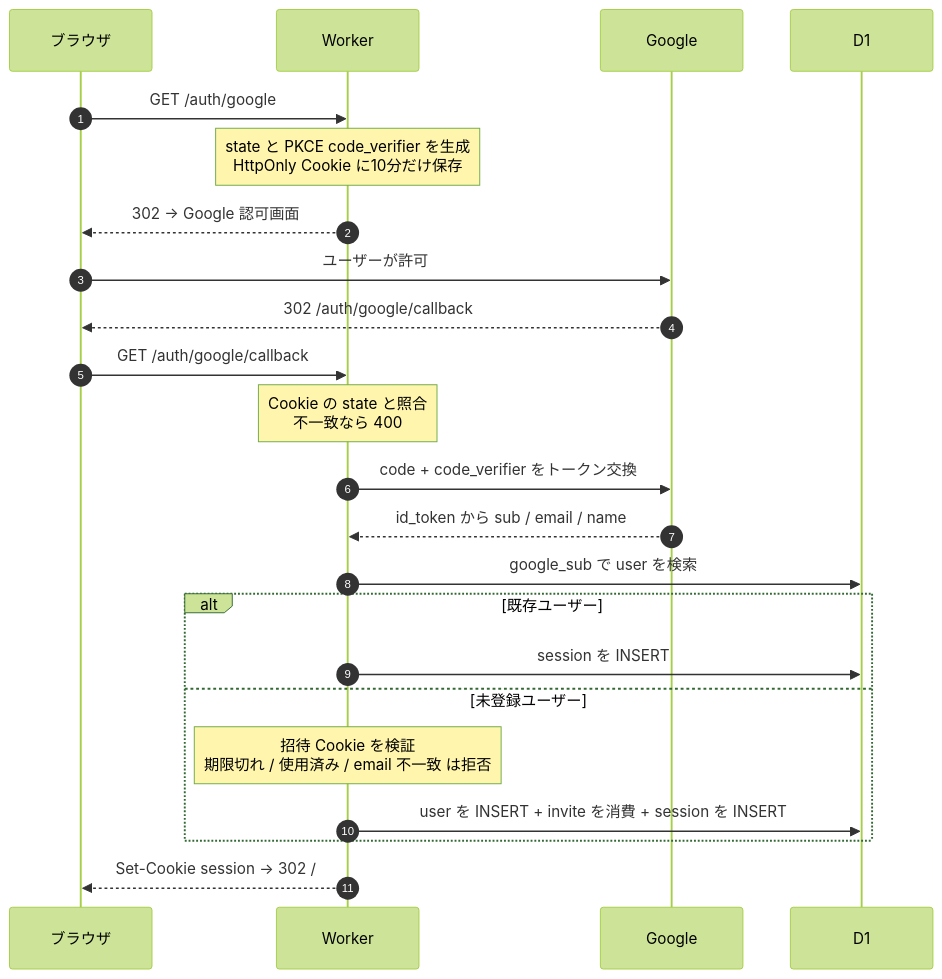
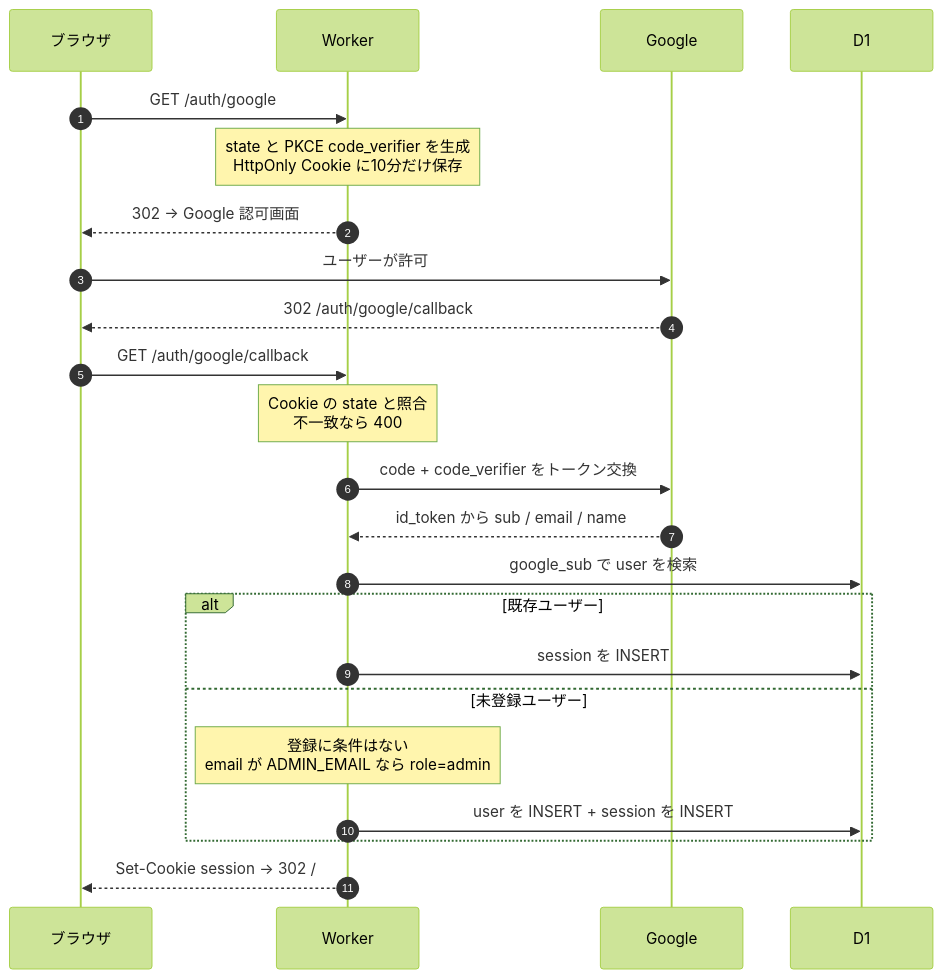
Before and after one commit to Atoyr/keiba-note: the sixth of 10 diagrams in docs/architecture.md, drawn with Mermaid (forest theme). The commit also changed other lines of this file and 3 other files, not shown here.

````diff
--- a/docs/architecture.md
+++ b/docs/architecture.md
@@ -287,28 +287,28 @@
 ```mermaid
 sequenceDiagram
     autonumber
     participant B as ブラウザ
     participant W as Worker
     participant G as Google
     participant D as D1
 
     B->>W: GET /auth/google
     Note over W: state と PKCE code_verifier を生成<br/>HttpOnly Cookie に10分だけ保存
     W-->>B: 302 → Google 認可画面
     B->>G: ユーザーが許可
     G-->>B: 302 /auth/google/callback
     B->>W: GET /auth/google/callback
     Note over W: Cookie の state と照合<br/>不一致なら 400
     W->>G: code + code_verifier をトークン交換
     G-->>W: id_token から sub / email / name
     W->>D: google_sub で user を検索
 
     alt 既存ユーザー
         W->>D: session を INSERT
     else 未登録ユーザー
-        Note over W: 招待 Cookie を検証<br/>期限切れ / 使用済み / email 不一致 は拒否
-        W->>D: user を INSERT + invite を消費 + session を INSERT
+        Note over W: 登録に条件はない<br/>email が ADMIN_EMAIL なら role=admin
+        W->>D: user を INSERT + session を INSERT
     end
 
     W-->>B: Set-Cookie session → 302 /
 ```
````
